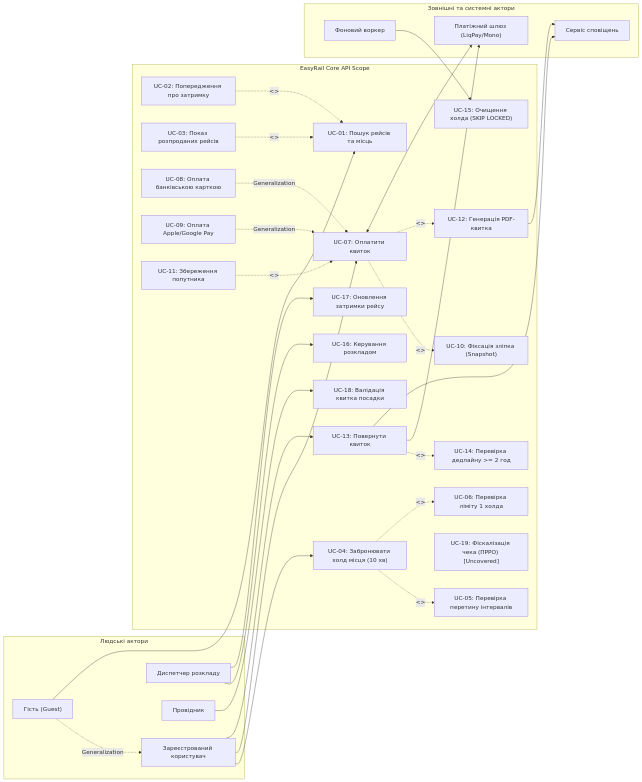
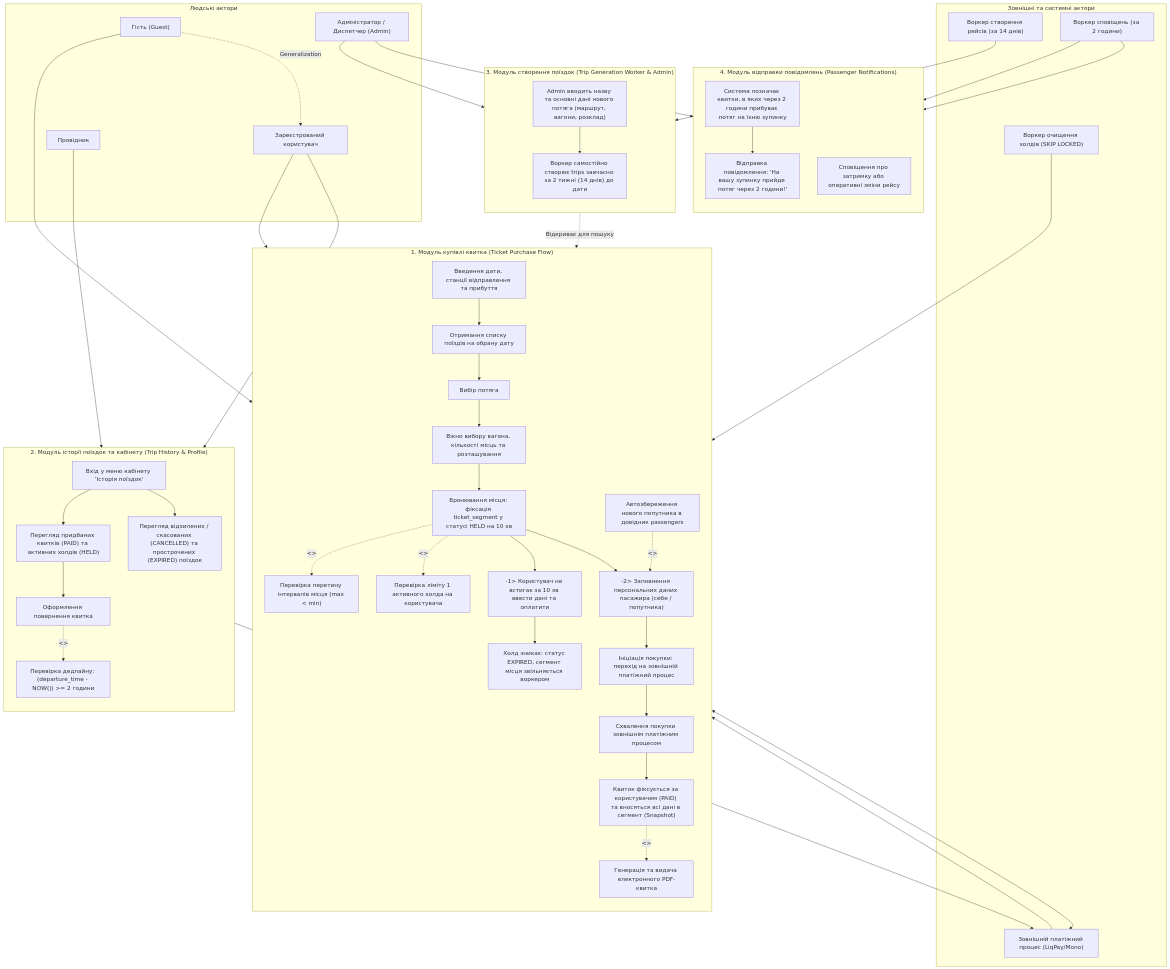
Before and after one commit to gun-flud/EasyRail-API: the diagram in docs/lab2/model.mmd, drawn with Mermaid. The commit also changed 4 other files, not shown here.

```diff
--- a/docs/lab2/model.mmd
+++ b/docs/lab2/model.mmd
@@ -1,56 +1,128 @@
-graph LR
+flowchart TD
+    %% ==========================================
+    %% АКТОРИ СИСТЕМИ
+    %% ==========================================
     subgraph HumanActors ["Людські актори"]
         Guest["Гість (Guest)"]
         User["Зареєстрований користувач"]
-        Dispatcher["Диспетчер розкладу"]
+        Admin["Адміністратор / Диспетчер (Admin)"]
         Conductor["Провідник"]
         Guest -.->|Generalization| User
     end
-    subgraph SystemScope ["EasyRail Core API Scope"]
-        UC_Search["UC-01: Пошук рейсів та місць"]
-        UC_DelayAlert["UC-02: Попередження про затримку"]
-        UC_ShowSoldOut["UC-03: Показ розпроданих рейсів"]
-        UC_HoldSeat["UC-04: Забронювати холд місця (10 хв)"]
-        UC_CheckIntervals["UC-05: Перевірка перетину інтервалів"]
-        UC_CheckSingleHold["UC-06: Перевірка ліміту 1 холда"]
-        UC_PayTicket["UC-07: Оплатити квиток"]
-        UC_PayCard["UC-08: Оплата банківською карткою"]
-        UC_PayWallet["UC-09: Оплата Apple/Google Pay"]
-        UC_Snapshot["UC-10: Фіксація зліпка (Snapshot)"]
-        UC_SaveCompanion["UC-11: Збереження попутника"]
-        UC_GenPDF["UC-12: Генерація PDF-квитка"]
-        UC_RefundTicket["UC-13: Повернути квиток"]
-        UC_CheckRefundTime["UC-14: Перевірка дедлайну >= 2 год"]
-        UC_CleanExpiredHold["UC-15: Очищення холда (SKIP LOCKED)"]
-        UC_ManageSchedule["UC-16: Керування розкладом"]
-        UC_UpdateDelay["UC-17: Оновлення затримки рейсу"]
-        UC_ValidateTicket["UC-18: Валідація квитка посадки"]
-        UC_Fiscal["UC-19: Фіскалізація чека (ПРРО) [Uncovered]"]
+
+    subgraph ExternalActors ["Зовнішні та системні актори"]
+        PaymentProcess["Зовнішній платіжний процес (LiqPay/Mono)"]
+        HoldWorker["Воркер очищення холдів (SKIP LOCKED)"]
+        TripWorker["Воркер створення рейсів (за 14 днів)"]
+        NotifWorker["Воркер сповіщень (за 2 години)"]
     end
-        subgraph ExternalActors ["Зовнішні та системні актори"]
-        PaymentGW["Платіжний шлюз (LiqPay/Mono)"]
-        NotifService["Сервіс сповіщень"]
-        Worker["Фоновий воркер"]
+
+    %% ==========================================
+    %% 1. МОДУЛЬ КУПІВЛІ КВИТКА (TICKET PURCHASE)
+    %% ==========================================
+    subgraph Subsystem1 ["1. Модуль купівлі квитка (Ticket Purchase Flow)"]
+        direction TB
+        UC_InputSearch["Введення дати, станції відправлення та прибуття"]
+        UC_GetTrainList["Отримання списку поїздів на обрану дату"]
+        UC_SelectTrain["Вибір потяга"]
+        UC_SeatWindow["Вікно вибору вагона, кількості місць та розташування"]
+        
+        UC_Hold10Min["Бронювання місця: фіксація ticket_segment у статусі HELD на 10 хв"]
+        UC_CheckIntervals["Перевірка перетину інтервалів місця (max < min)"]
+        UC_CheckSingleHold["Перевірка ліміту 1 активного холда на користувача"]
+
+        %% Гілка -1: Таймаут
+        UC_TimeoutExpired["-1> Користувач не встигає за 10 хв ввести дані та оплатити"]
+        UC_HoldRemoved["Холд зникає: статус EXPIRED, сегмент місця звільняється воркером"]
+
+        %% Гілка -2: Успішна покупка
+        UC_FillPassenger["-2> Заповнення персональних даних пасажира (себе / попутника)"]
+        UC_SaveCompanion["Автозбереження нового попутника в довідник passengers"]
+        UC_MakePurchase["Ініціація покупки: перехід на зовнішній платіжний процес"]
+        UC_PaymentApproved["Схвалення покупки зовнішнім платіжним процесом"]
+        UC_FinalizeTicket["Квиток фіксується за користувачем (PAID) та вносяться всі дані в сегмент (Snapshot)"]
+        UC_GenPDF["Генерація та видача електронного PDF-квитка"]
+
+        %% Послідовний ланцюг дій користувача
+        UC_InputSearch --> UC_GetTrainList
+        UC_GetTrainList --> UC_SelectTrain
+        UC_SelectTrain --> UC_SeatWindow
+        UC_SeatWindow --> UC_Hold10Min
+
+        %% Включення обов'язкових перевірок при бронюванні
+        UC_Hold10Min -.->|"<<include>>"| UC_CheckIntervals
+        UC_Hold10Min -.->|"<<include>>"| UC_CheckSingleHold
+
+        %% Розгалуження холда
+        UC_Hold10Min --> UC_TimeoutExpired
+        UC_TimeoutExpired --> UC_HoldRemoved
+
+        UC_Hold10Min --> UC_FillPassenger
+        UC_SaveCompanion -.->|"<<extend>>"| UC_FillPassenger
+        UC_FillPassenger --> UC_MakePurchase
+        UC_MakePurchase --> UC_PaymentApproved
+        UC_PaymentApproved --> UC_FinalizeTicket
+        UC_FinalizeTicket -.->|"<<include>>"| UC_GenPDF
     end
-    Guest --> UC_Search
-    UC_DelayAlert -.->|"<<extend>>"| UC_Search
-    UC_ShowSoldOut -.->|"<<extend>>"| UC_Search
-    User --> UC_HoldSeat
-    UC_HoldSeat -.->|"<<include>>"| UC_CheckIntervals
-    UC_HoldSeat -.->|"<<include>>"| UC_CheckSingleHold
-    User --> UC_PayTicket
-    UC_PayCard -.->|Generalization| UC_PayTicket
-    UC_PayWallet -.->|Generalization| UC_PayTicket
-    UC_PayTicket -.->|"<<include>>"| UC_Snapshot
-    UC_PayTicket -.->|"<<include>>"| UC_GenPDF
-    UC_SaveCompanion -.->|"<<extend>>"| UC_PayTicket
-    User --> UC_RefundTicket
-    UC_RefundTicket -.->|"<<include>>"| UC_CheckRefundTime
-    Dispatcher --> UC_ManageSchedule
-    Dispatcher --> UC_UpdateDelay
-    Conductor --> UC_ValidateTicket
-    UC_PayTicket <--> PaymentGW
-    UC_RefundTicket --> PaymentGW
-    UC_GenPDF --> NotifService
-    UC_RefundTicket --> NotifService
-    Worker --> UC_CleanExpiredHold
+
+    %% ==========================================
+    %% 2. МОДУЛЬ ІСТОРІЇ ПОЇЗДОК ТА КАБІНЕТУ
+    %% ==========================================
+    subgraph Subsystem2 ["2. Модуль історії поїздок та кабінету (Trip History & Profile)"]
+        direction TB
+        UC_OpenHistoryMenu["Вхід у меню кабінету 'Історія поїздок'"]
+        UC_ViewPaid["Перегляд придбаних квитків (PAID) та активних холдів (HELD)"]
+        UC_ViewCancelled["Перегляд відхилених / скасованих (CANCELLED) та прострочених (EXPIRED) поїздок"]
+        UC_RefundTicket["Оформлення повернення квитка"]
+        UC_CheckRefundDeadline["Перевірка дедлайну: (departure_time - NOW()) >= 2 години"]
+
+        UC_OpenHistoryMenu --> UC_ViewPaid
+        UC_OpenHistoryMenu --> UC_ViewCancelled
+        UC_ViewPaid --> UC_RefundTicket
+        UC_RefundTicket -.->|"<<include>>"| UC_CheckRefundDeadline
+    end
+
+    %% ==========================================
+    %% 3. МОДУЛЬ СТВОРЕННЯ ПОЇЗДОК
+    %% ==========================================
+    subgraph Subsystem3 ["3. Модуль створення поїздок (Trip Generation Worker & Admin)"]
+        direction TB
+        UC_AdminInputTrain["Admin вводить назву та основні дані нового потяга (маршрут, вагони, розклад)"]
+        UC_WorkerGenerateTrips["Воркер самостійно створює trips завчасно за 2 тижні (14 днів) до дати"]
+        
+        UC_AdminInputTrain --> UC_WorkerGenerateTrips
+        UC_WorkerGenerateTrips -.->|Відкриває для пошуку| UC_GetTrainList
+    end
+
+    %% ==========================================
+    %% 4. МОДУЛЬ ВІДПРАВКИ ПОВІДОМЛЕНЬ
+    %% ==========================================
+    subgraph Subsystem4 ["4. Модуль відправки повідомлень (Passenger Notifications)"]
+        direction TB
+        UC_Scan2Hours["Система позначає квитки, в яких через 2 години прибуває потяг на їхню зупинку"]
+        UC_Send2HoursNotif["Відправка повідомлення: 'На вашу зупинку прийде потяг через 2 години!'"]
+        UC_SendDelayNotif["Сповіщення про затримку або оперативні зміни рейсу"]
+
+        UC_Scan2Hours --> UC_Send2HoursNotif
+    end
+
+    %% ==========================================
+    %% ЗВ'ЯЗКИ АКСОРІВ ІЗ ПРОЦЕСАМИ
+    %% ==========================================
+    Guest --> UC_InputSearch
+    User --> UC_InputSearch
+    User --> UC_OpenHistoryMenu
+
+    HoldWorker --> UC_HoldRemoved
+    UC_MakePurchase <--> PaymentProcess
+    PaymentProcess --> UC_PaymentApproved
+    UC_RefundTicket --> PaymentProcess
+
+    Admin --> UC_AdminInputTrain
+    TripWorker --> UC_WorkerGenerateTrips
+
+    NotifWorker --> UC_Scan2Hours
+    NotifWorker --> UC_SendDelayNotif
+    Admin --> UC_SendDelayNotif
+
+    Conductor --> UC_ViewPaid
```
